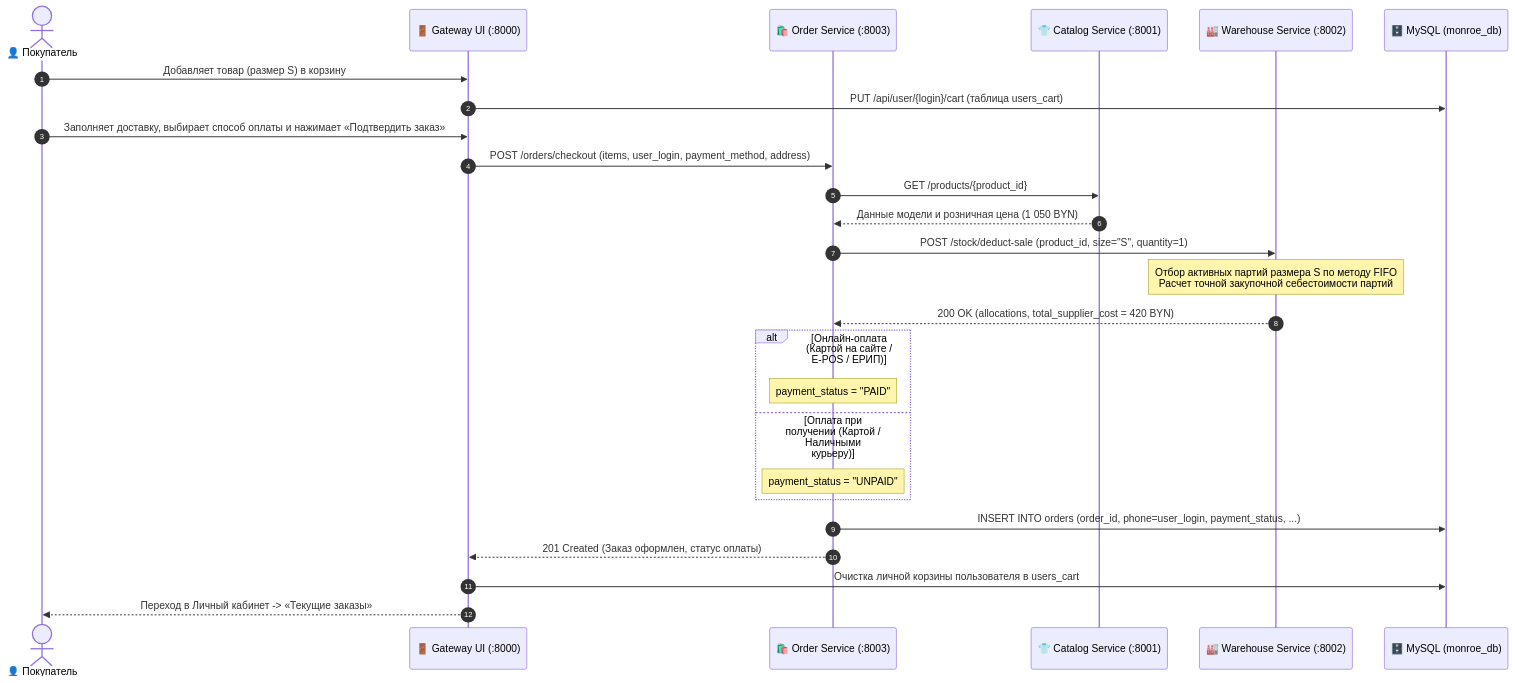
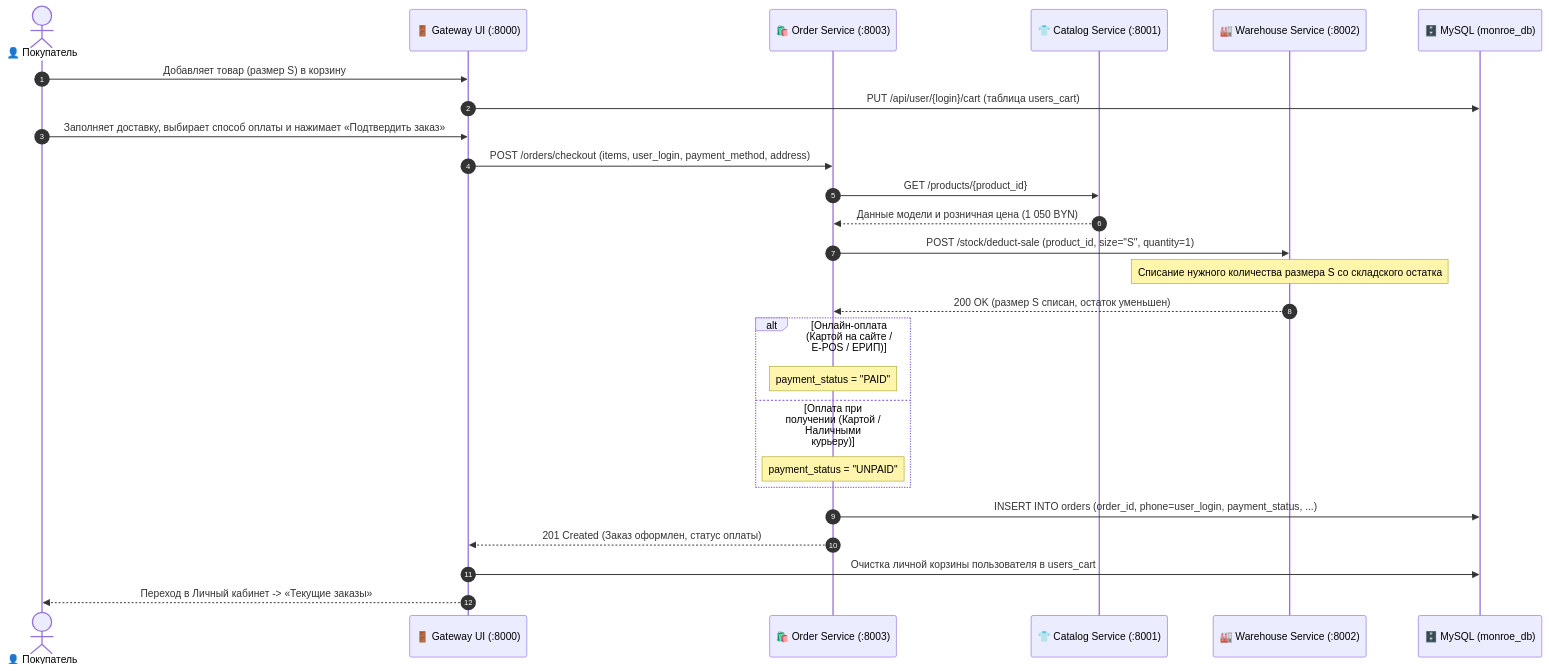
One commit to anya-gor/project2026 changed the third of 7 diagrams in README.md. Above: the diagram before and after it, drawn with Mermaid. The commit also changed other lines of this file and 1 other file, not shown here.

Commit message:
Docs: remove FIFO/season claims not visible in UI (problems, FR-02, risks R-01/R-02, UC16, diagram labels) from README and BUSINESS_REQUIREMENTS

````diff
--- a/README.md
+++ b/README.md
@@ -189,29 +182,29 @@
 ```mermaid
 sequenceDiagram
     autonumber
     actor Client as 👤 Покупатель
     participant GW as 🚪 Gateway UI (:8000)
     participant OS as 🛍️ Order Service (:8003)
     participant CS as 👕 Catalog Service (:8001)
     participant WS as 🏭 Warehouse Service (:8002)
     participant DB as 🗄️ MySQL (monroe_db)
 
     Client->>GW: Добавляет товар (размер S) в корзину
     GW->>DB: PUT /api/user/{login}/cart (таблица users_cart)
     Client->>GW: Заполняет доставку, выбирает способ оплаты и нажимает «Подтвердить заказ»
     GW->>OS: POST /orders/checkout (items, user_login, payment_method, address)
     OS->>CS: GET /products/{product_id}
     CS-->>OS: Данные модели и розничная цена (1 050 BYN)
     OS->>WS: POST /stock/deduct-sale (product_id, size="S", quantity=1)
-    Note over WS: Отбор активных партий размера S по методу FIFO<br/>Расчет точной закупочной себестоимости партий
-    WS-->>OS: 200 OK (allocations, total_supplier_cost = 420 BYN)
+    Note over WS: Списание нужного количества размера S со складского остатка
+    WS-->>OS: 200 OK (размер S списан, остаток уменьшен)
     alt Онлайн-оплата (Картой на сайте / E-POS / ЕРИП)
         Note over OS: payment_status = "PAID"
     else Оплата при получении (Картой / Наличными курьеру)
         Note over OS: payment_status = "UNPAID"
     end
     OS->>DB: INSERT INTO orders (order_id, phone=user_login, payment_status, ...)
     OS-->>GW: 201 Created (Заказ оформлен, статус оплаты)
     GW->>DB: Очистка личной корзины пользователя в users_cart
     GW-->>Client: Переход в Личный кабинет -> «Текущие заказы»
 ```
````
